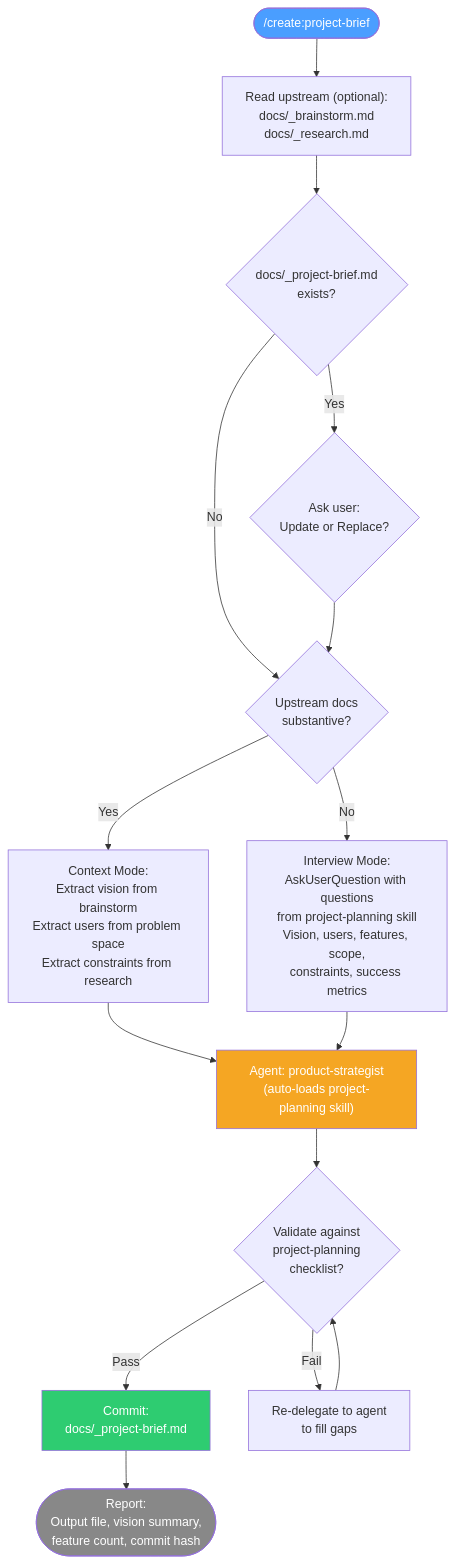
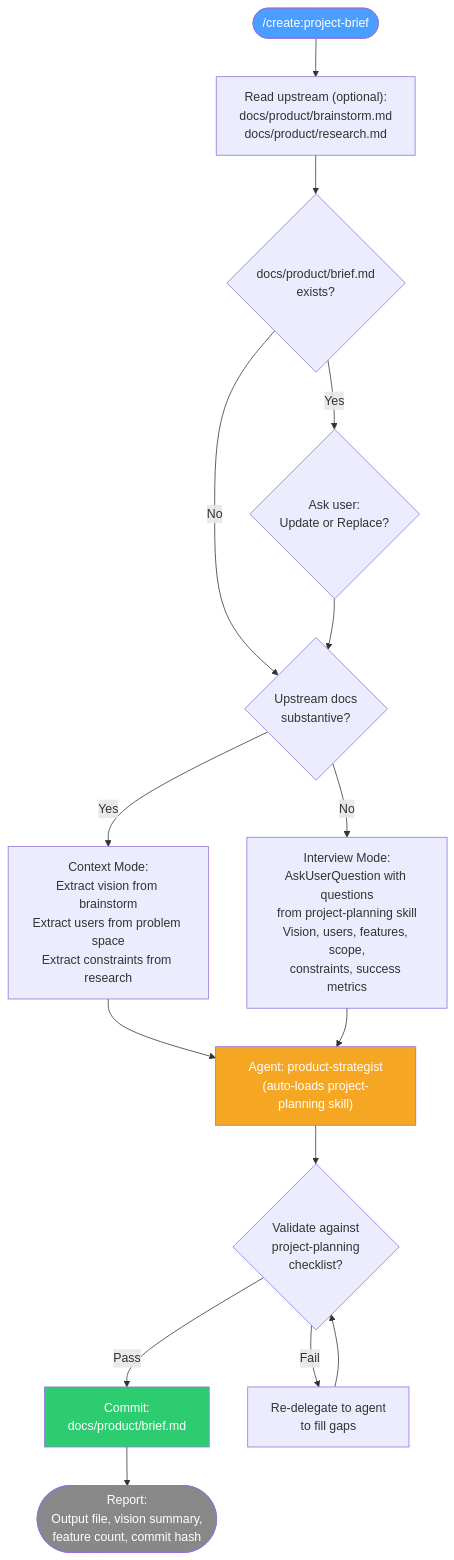
Before and after one commit to Domdhi/Agents.Domdhi: the fourth of 37 diagrams in docs/reference/commands.md, drawn with Mermaid. The commit also changed other lines of this file and 131 other files, not shown here.

````diff
--- a/docs/reference/commands.md
+++ b/docs/reference/commands.md
@@ -191,28 +191,28 @@
 ```mermaid
 flowchart TD
-    START(["/create:project-brief"]) --> READ_UP["Read upstream (optional):\ndocs/_brainstorm.md\ndocs/_research.md"]
+    START(["/create:project-brief"]) --> READ_UP["Read upstream (optional):\ndocs/product/brainstorm.md\ndocs/product/research.md"]
 
-    READ_UP --> EXIST{docs/_project-brief.md\nexists?}
+    READ_UP --> EXIST{docs/product/brief.md\nexists?}
     EXIST -->|Yes| ASK_EXIST{Ask user:\nUpdate or Replace?}
     EXIST -->|No| MODE
     ASK_EXIST --> MODE
 
     MODE{Upstream docs\nsubstantive?}
     MODE -->|Yes| CONTEXT_MODE["Context Mode:\nExtract vision from brainstorm\nExtract users from problem space\nExtract constraints from research"]
     MODE -->|No| INTERVIEW_MODE["Interview Mode:\nAskUserQuestion with questions\nfrom project-planning skill\nVision, users, features, scope,\nconstraints, success metrics"]
 
     CONTEXT_MODE --> DELEGATE["Agent: product-strategist\n(auto-loads project-planning skill)"]
     INTERVIEW_MODE --> DELEGATE
 
     DELEGATE --> VALIDATE{Validate against\nproject-planning\nchecklist?}
-    VALIDATE -->|Pass| COMMIT["Commit:\ndocs/_project-brief.md"]
+    VALIDATE -->|Pass| COMMIT["Commit:\ndocs/product/brief.md"]
     VALIDATE -->|Fail| RE_DELEGATE[Re-delegate to agent\nto fill gaps]
     RE_DELEGATE --> VALIDATE
 
     COMMIT --> REPORT(["Report:\nOutput file, vision summary,\nfeature count, commit hash"])
 
     style START fill:#4a9eff,color:#fff
     style DELEGATE fill:#f5a623,color:#fff
     style COMMIT fill:#2ecc71,color:#fff
     style REPORT fill:#888,color:#fff
 ```
````
